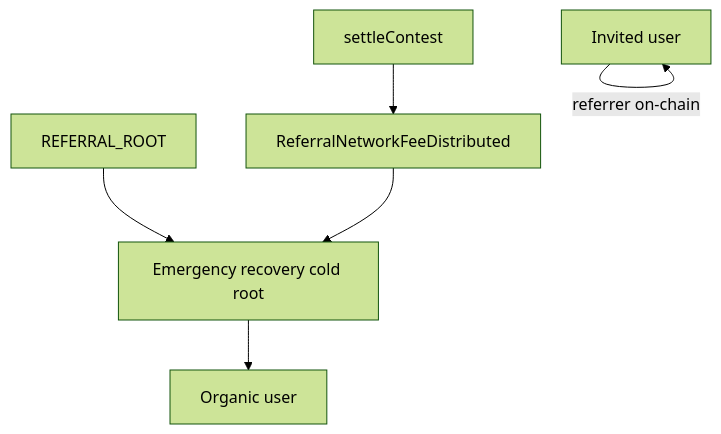
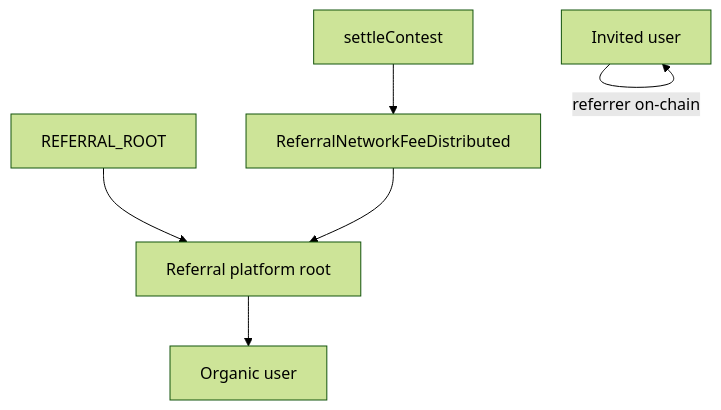
One commit to MagRelo/cut changed the diagram in docs/platform/referral-network.md. Above: the diagram before and after it, drawn with Mermaid (forest theme). The commit also changed other lines of this file and 57 other files, not shown here.

First line of the commit message:
Refactor referral graph and emergency recovery handling

````diff
--- a/docs/platform/referral-network.md
+++ b/docs/platform/referral-network.md
@@ -31,15 +31,15 @@
 ```mermaid
 flowchart TB
   ROOT[REFERRAL_ROOT]
-  Recovery[Emergency recovery cold root]
+  PlatformRoot[Referral platform root]
   Organic[Organic user]
   Invited[Invited user]
   Settle[settleContest]
   Fee[ReferralNetworkFeeDistributed]
 
-  ROOT --> Recovery
-  Recovery --> Organic
+  ROOT --> PlatformRoot
+  PlatformRoot --> Organic
   Invited -->|"referrer on-chain"| Invited
   Settle --> Fee
-  Fee --> Recovery
+  Fee --> PlatformRoot
 ```
````
